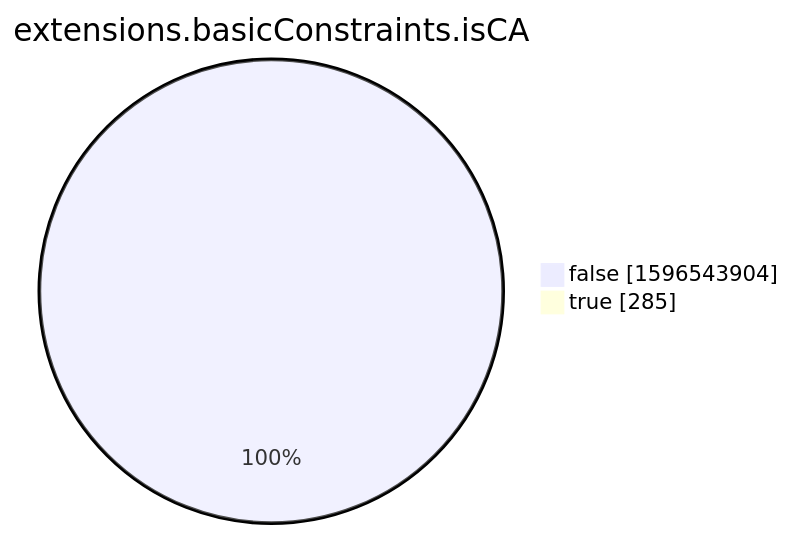
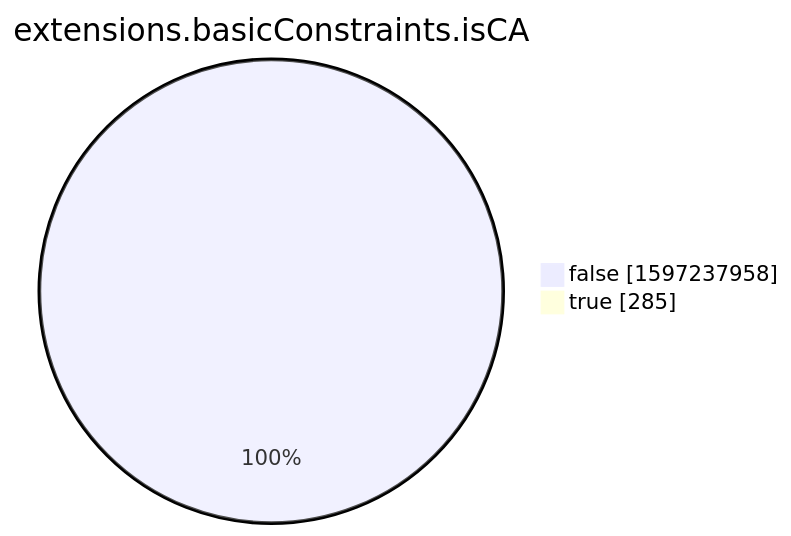
The eighth of 15 diagrams in xenon2022/README.md (christiankrug/ctmonitor_visualization), drawn with Mermaid before and after one commit. The commit also changed other lines of this file, not shown here.

````diff
--- a/xenon2022/README.md
+++ b/xenon2022/README.md
@@ -2862,6 +2862,6 @@
 ```mermaid
 pie showData
 title extensions.basicConstraints.isCA
-"false" :1596543904
+"false" :1597237958
 "true" :285
 ```
````
